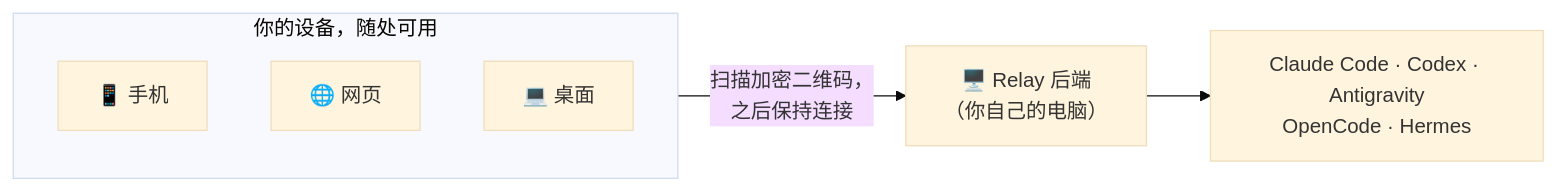
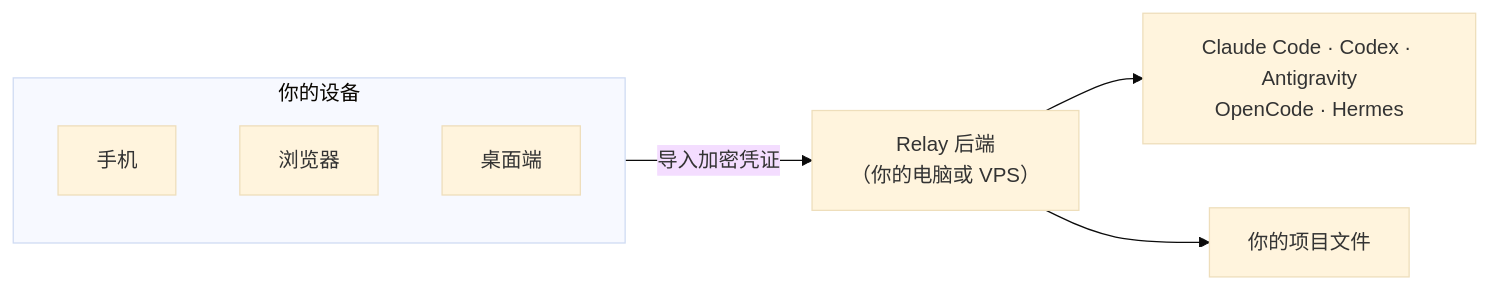
Before and after one commit to elin66alpha/Relay: the diagram in README.zh-CN.md, drawn with Mermaid (base theme). The commit also changed other lines of this file and 9 other files, not shown here.

````diff
--- a/README.zh-CN.md
+++ b/README.zh-CN.md
@@ -19,11 +19,12 @@
 ```mermaid
 flowchart LR
-    subgraph You["你的设备，随处可用"]
+    subgraph You["你的设备"]
         direction TB
-        P["📱 手机"]
-        W["🌐 网页"]
-        D["💻 桌面"]
+        P["手机"]
+        W["浏览器"]
+        D["桌面端"]
     end
-    You -->|"扫描加密二维码，<br/>之后保持连接"| B["🖥️ Relay 后端<br/>（你自己的电脑）"]
+    You -->|"导入加密凭证"| B["Relay 后端<br/>（你的电脑或 VPS）"]
     B --> AG["Claude Code · Codex · Antigravity<br/>OpenCode · Hermes"]
+    B --> FS["你的项目文件"]
 ```
````
